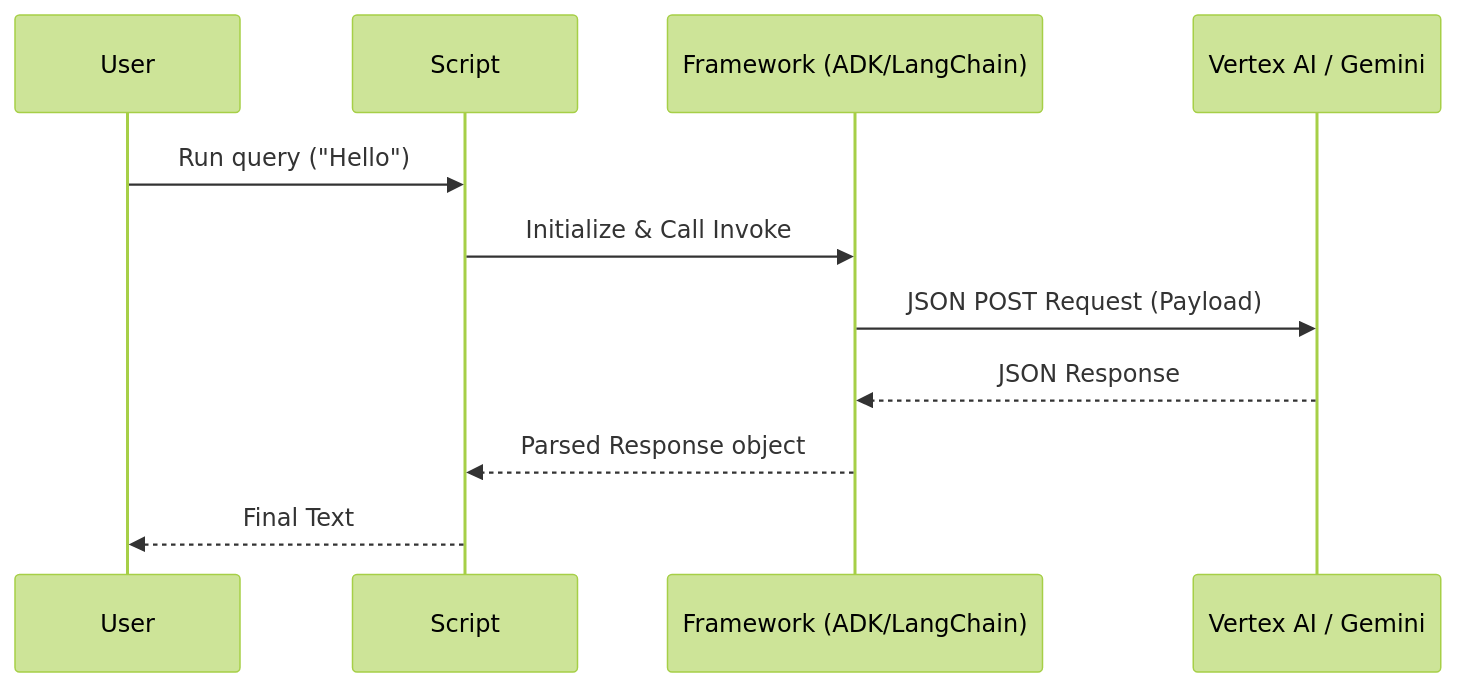
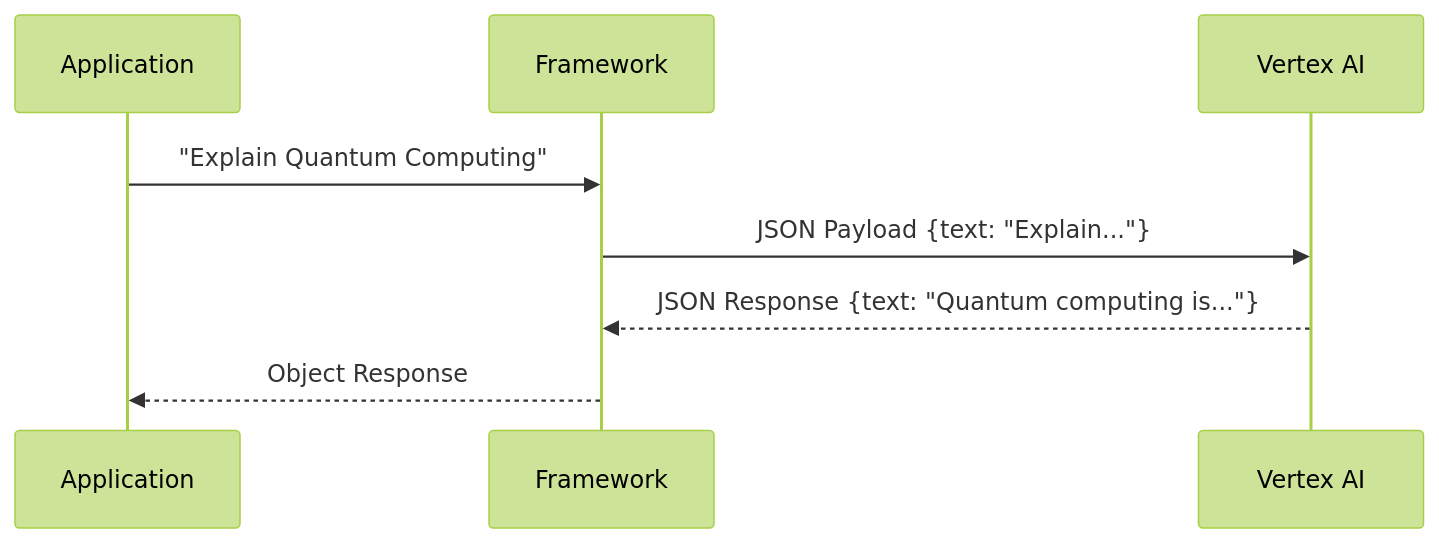
Before and after one commit to dnpunjabi/adk-langchain-journey: the first of 7 diagrams in CONCEPTS_README.md, drawn with Mermaid (forest theme). The commit also changed other lines of this file and 65 other files, not shown here.

````diff
--- a/CONCEPTS_README.md
+++ b/CONCEPTS_README.md
@@ -27,14 +31,11 @@
 ```mermaid
 sequenceDiagram
-    participant User
-    participant Script
-    participant SDK as Framework (ADK/LangChain)
-    participant LLM as Vertex AI / Gemini
+    participant App as Application
+    participant SDK as Framework
+    participant LLM as Vertex AI
 
-    User->>Script: Run query ("Hello")
-    Script->>SDK: Initialize & Call Invoke
-    SDK->>LLM: JSON POST Request (Payload)
-    LLM-->>SDK: JSON Response
-    SDK-->>Script: Parsed Response object
-    Script-->>User: Final Text
+    App->>SDK: "Explain Quantum Computing"
+    SDK->>LLM: JSON Payload {text: "Explain..."}
+    LLM-->>SDK: JSON Response {text: "Quantum computing is..."}
+    SDK-->>App: Object Response
 ```
````
